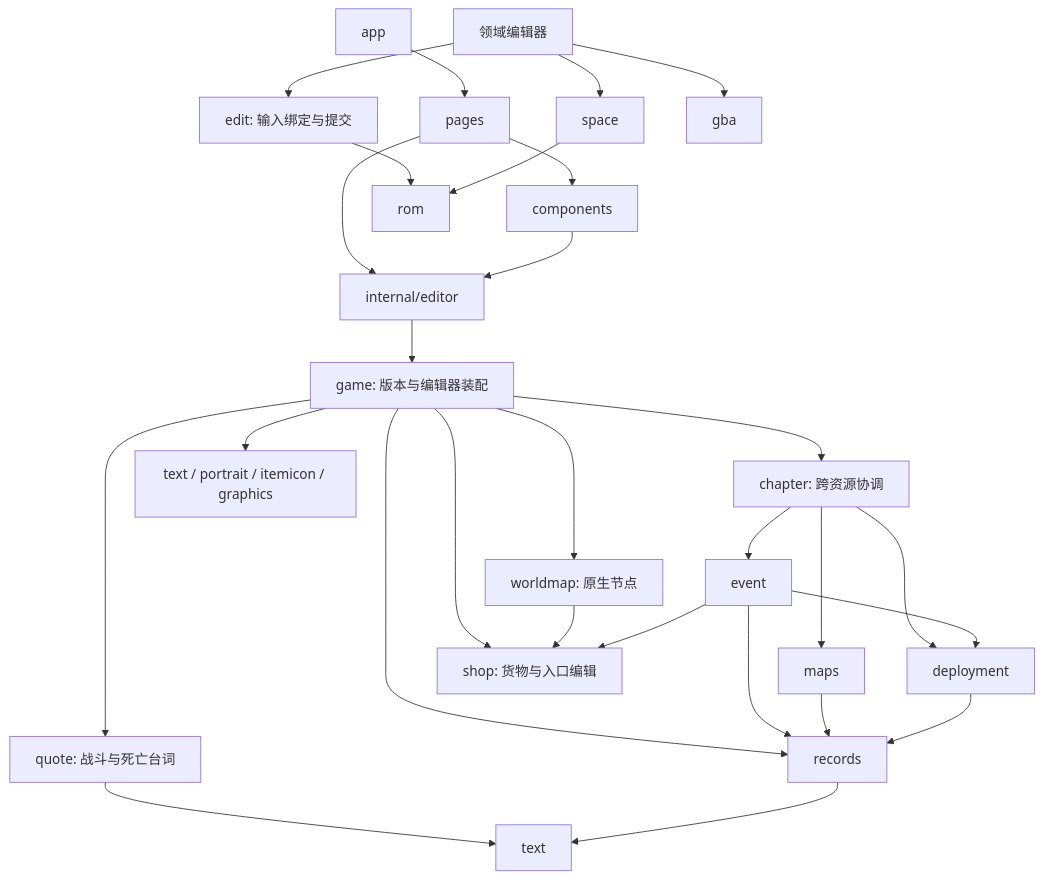
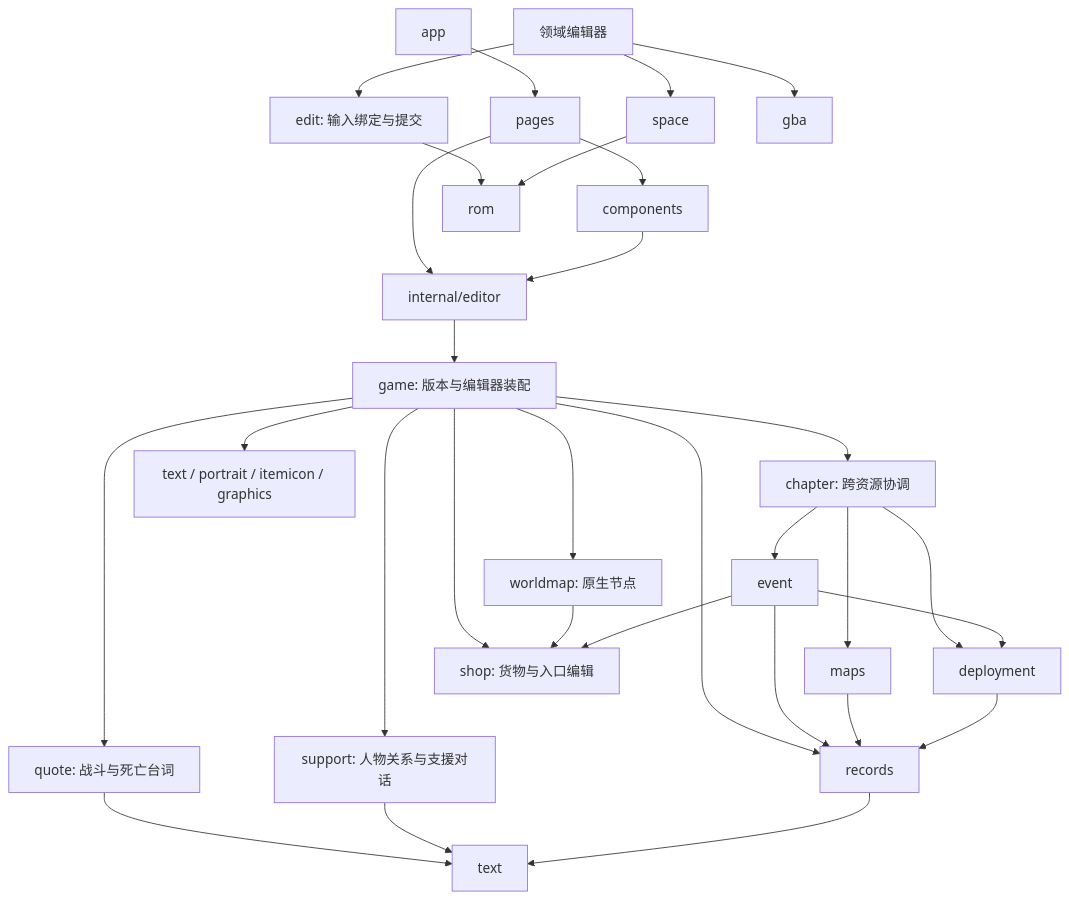
The first of 2 diagrams in docs/architecture.md (woxQAQ/febuildergba-mygo), drawn with Mermaid before and after one commit. The commit also changed other lines of this file and 40 other files, not shown here.

````diff
--- a/docs/architecture.md
+++ b/docs/architecture.md
@@ -56,30 +57,32 @@
 ```mermaid
 flowchart TD
     App[app] --> Pages[pages]
     Pages --> Components[components]
     Pages --> State[internal/editor]
     Components --> State
     State --> Game[game: 版本与编辑器装配]
     Game --> Chapter[chapter: 跨资源协调]
     Game --> Records[records]
     Game --> Media[text / portrait / itemicon / graphics]
     Chapter --> Maps[maps]
     Chapter --> Event[event]
     Chapter --> Deployment[deployment]
     Event --> Deployment
     Game --> Quote[quote: 战斗与死亡台词]
     Quote --> Text
+    Game --> Support[support: 人物关系与支援对话]
+    Support --> Text
     Game --> Shop[shop: 货物与入口编辑]
     Game --> Worldmap[worldmap: 原生节点]
     Worldmap --> Shop
     Event --> Shop
     Event --> Records
     Maps --> Records
     Deployment --> Records
     Records --> Text[text]
     Domain[领域编辑器] --> Edit[edit: 输入绑定与提交]
     Edit --> ROM[rom]
     Domain --> Space[space]
     Domain --> GBA[gba]
     Space --> ROM
 ```
````
